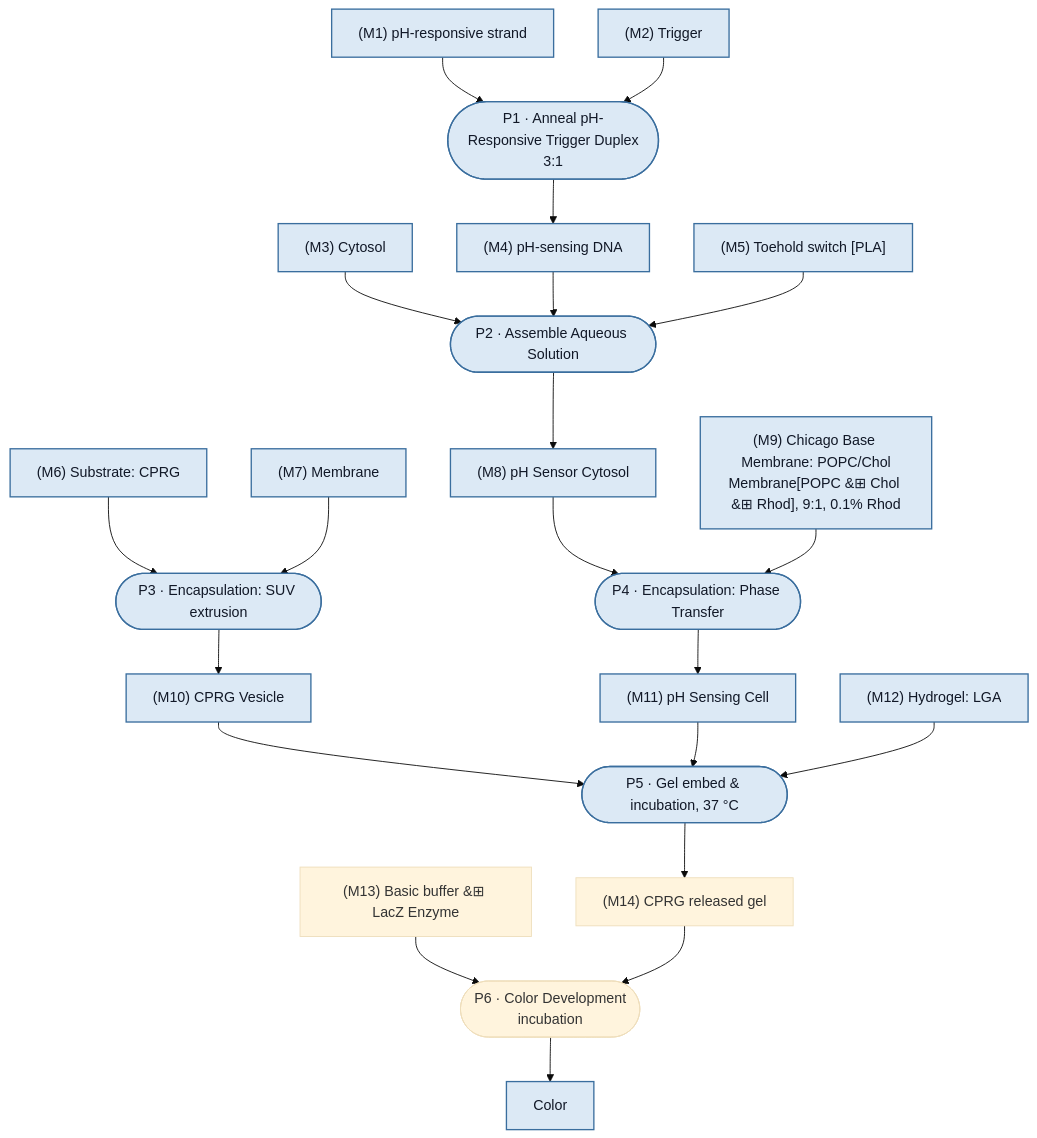
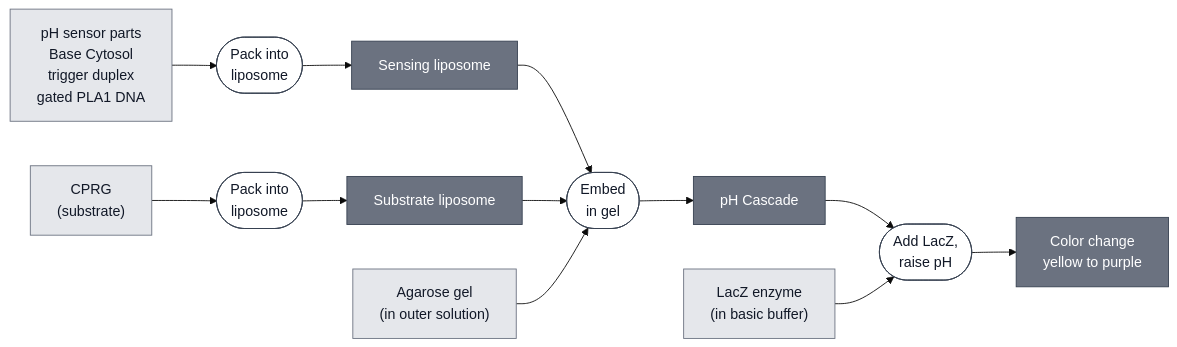
The diagram in devnotes/devnote-swh-20260925-ph-sensor-in-solution/main.md (nucleus-eng/devstudio-board), drawn with Mermaid (base theme) before and after one commit. The commit also changed other lines of this file and 1 other file, not shown here.

````diff
--- a/devnotes/devnote-swh-20260925-ph-sensor-in-solution/main.md
+++ b/devnotes/devnote-swh-20260925-ph-sensor-in-solution/main.md
@@ -124,59 +125,38 @@
 ```mermaid
-flowchart TD
-    PH_RES["(M1) pH-responsive strand"]
-    TRIGGER["(M2) Trigger"]
-    CYTOSOL["(M3) Cytosol"]
-    PH_DNA["(M4) pH-sensing DNA"]
-    TOEHOLD["(M5) Toehold switch [PLA]"]
-    CPRG["(M6) Substrate: CPRG"]
-    MEMBRANE_V["(M7) Membrane"]
-    PH_CYTOSOL["(M8) pH Sensor Cytosol"]
-    MEMBRANE_C["(M9) Chicago Base Membrane: POPC/Chol<br/>Membrane[POPC &#8862; Chol &#8862; Rhod], 9:1, 0.1% Rhod"]
-    CPRG_VESICLE["(M10) CPRG Vesicle"]
-    PH_CELL["(M11) pH Sensing Cell"]
-    HYDROGEL["(M12) Hydrogel: LGA"]
-    BASIC_BUFFER["(M13) Basic buffer &#8862; LacZ Enzyme"]
-    RELEASED_GEL["(M14) CPRG released gel"]
-    COLOR["Color"]
+flowchart LR
+    SENSE_IN["pH sensor parts<br/>Base Cytosol<br/>trigger duplex<br/>gated PLA1 DNA"]
+    CPRG_IN["CPRG<br/>(substrate)"]
+    GEL_IN["Agarose gel<br/>(in outer solution)"]
+    LACZ_IN["LacZ enzyme<br/>(in basic buffer)"]
 
-    P1(["P1 &middot; Anneal pH-Responsive Trigger Duplex<br/>3:1"])
-    P2(["P2 &middot; Assemble Aqueous Solution"])
-    P3(["P3 &middot; Encapsulation: SUV extrusion"])
-    P4(["P4 &middot; Encapsulation: Phase Transfer"])
-    P5(["P5 &middot; Gel embed &amp; incubation, 37 &deg;C"])
-    P6(["P6 &middot; Color Development<br/>incubation"])
+    P1(["Pack into<br/>liposome"])
+    P2(["Pack into<br/>liposome"])
+    P3(["Embed<br/>in gel"])
+    P4(["Add LacZ,<br/>raise pH"])
 
-    PH_RES --> P1
-    TRIGGER --> P1
-    P1 --> PH_DNA
+    SENSOR["Sensing liposome"]
+    CARRIER["Substrate liposome"]
+    CASCADE["pH Cascade"]
+    READOUT["Color change<br/>yellow to purple"]
 
-    CYTOSOL --> P2
-    PH_DNA --> P2
-    TOEHOLD --> P2
-    P2 --> PH_CYTOSOL
+    SENSE_IN --> P1 --> SENSOR
+    CPRG_IN --> P2 --> CARRIER
+    SENSOR --> P3
+    CARRIER --> P3
+    GEL_IN --> P3
+    P3 --> CASCADE
+    CASCADE --> P4
+    LACZ_IN --> P4
+    P4 --> READOUT
 
-    CPRG --> P3
-    MEMBRANE_V --> P3
-    P3 --> CPRG_VESICLE
 
-    PH_CYTOSOL --> P4
-    MEMBRANE_C --> P4
-    P4 --> PH_CELL
+    click P1 "#pla1-guv-preparation"
+    click P3 "#lga-gel-preparation"
 
-    CPRG_VESICLE --> P5
-    PH_CELL --> P5
-    HYDROGEL --> P5
-    P5 --> RELEASED_GEL
-
-    BASIC_BUFFER --> P6
-    RELEASED_GEL --> P6
-    P6 --> COLOR
-
-    click P3 "#cprg-luv-preparation"
-    click P4 "#pla1-guv-preparation"
-    click P5 "#lga-gel-preparation"
-
-    %% Shaded = described in this DevNote. Unshaded = named in the build, not described here.
-    classDef described fill:#DCE9F5,stroke:#3A6E9E,stroke-width:1.5px,color:#111827;
-    class PH_RES,TRIGGER,CYTOSOL,PH_DNA,TOEHOLD,CPRG,MEMBRANE_V,PH_CYTOSOL,MEMBRANE_C,CPRG_VESICLE,PH_CELL,HYDROGEL,COLOR,P1,P2,P3,P4,P5 described;
+    classDef leaf     fill:#e5e7eb,stroke:#6b7280,color:#111827;
+    classDef composed fill:#6b7280,stroke:#374151,color:#ffffff;
+    classDef process  fill:#ffffff,stroke:#374151,color:#111827;
+    class SENSE_IN,CPRG_IN,GEL_IN,LACZ_IN leaf;
+    class SENSOR,CARRIER,CASCADE,READOUT composed;
+    class P1,P2,P3,P4 process;
 ```
````
